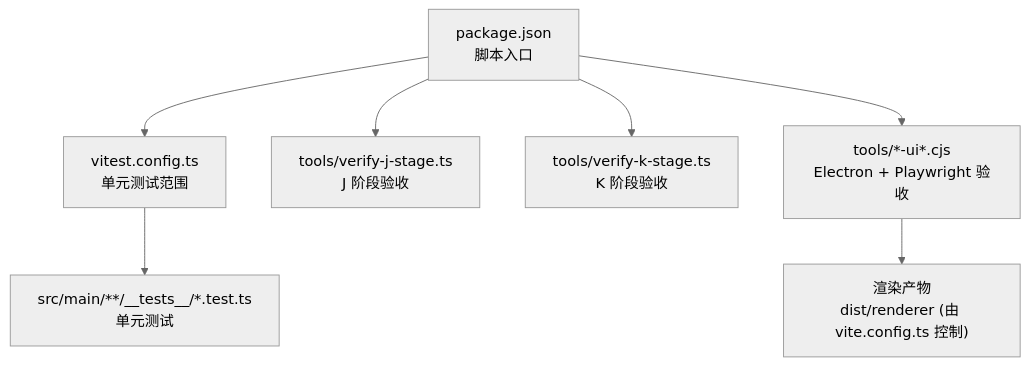
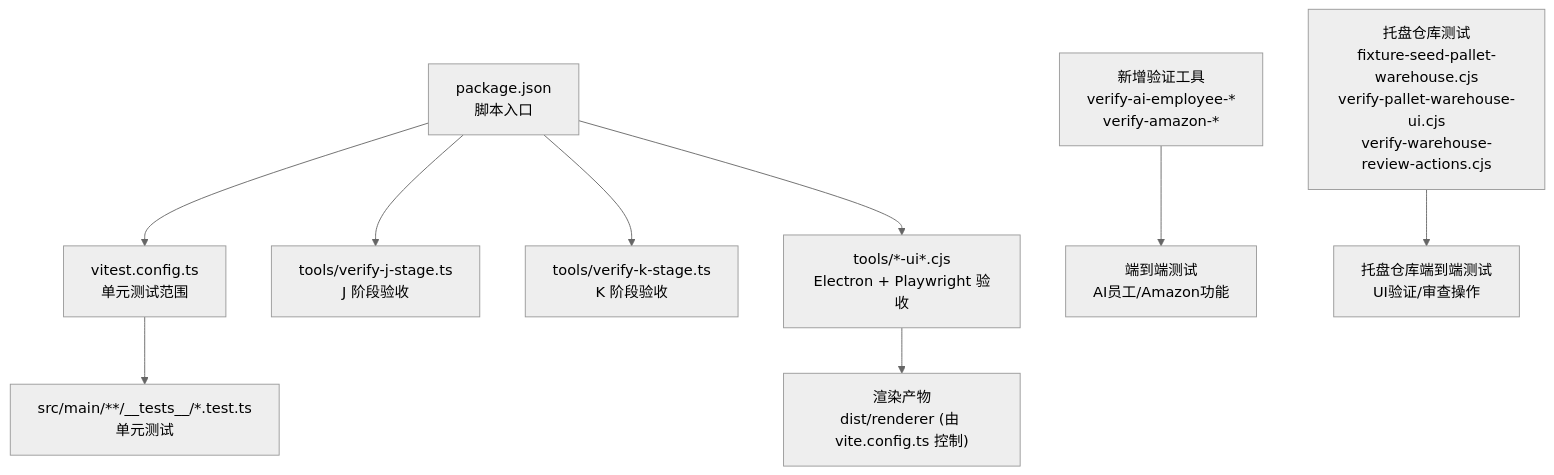
One commit to iljahofbauer219-lang/yandu changed the first of 15 diagrams in .qoder/repowiki/zh/content/工具与工作流/测试基础设施.md. Above: the diagram before and after it, drawn with Mermaid (neutral theme). The commit also changed other lines of this file and 153 other files, not shown here.

````diff
--- a/.qoder/repowiki/zh/content/工具与工作流/测试基础设施.md
+++ b/.qoder/repowiki/zh/content/工具与工作流/测试基础设施.md
@@ -48,9 +80,11 @@
 ```mermaid
 graph TB
 A["package.json<br/>脚本入口"] --> B["vitest.config.ts<br/>单元测试范围"]
 A --> C["tools/verify-j-stage.ts<br/>J 阶段验收"]
 A --> D["tools/verify-k-stage.ts<br/>K 阶段验收"]
 A --> E["tools/*-ui*.cjs<br/>Electron + Playwright 验收"]
 B --> F["src/main/**/__tests__/*.test.ts<br/>单元测试"]
 E --> G["渲染产物<br/>dist/renderer (由 vite.config.ts 控制)"]
+H["新增验证工具<br/>verify-ai-employee-*<br/>verify-amazon-*"] --> I["端到端测试<br/>AI员工/Amazon功能"]
+J["托盘仓库测试<br/>fixture-seed-pallet-warehouse.cjs<br/>verify-pallet-warehouse-ui.cjs<br/>verify-warehouse-review-actions.cjs"] --> K["托盘仓库端到端测试<br/>UI验证/审查操作"]
 ```
````
